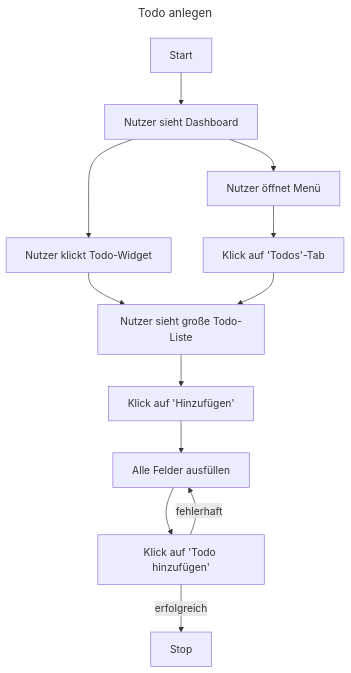
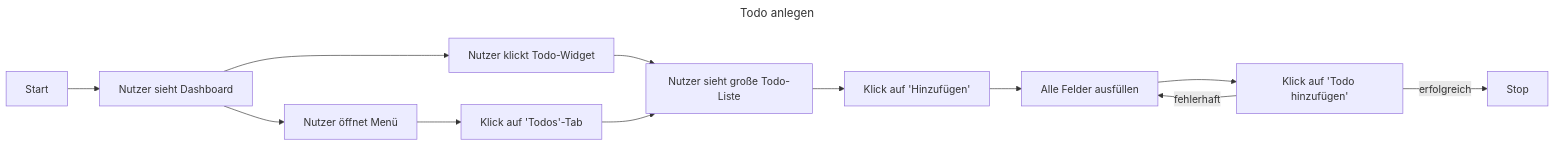
The third of 4 diagrams in README.md (StinaHoehn/todofse), drawn with Mermaid before and after one commit. The commit also changed other lines of this file, not shown here.

First line of the commit message:
Add new flowchart to README.md

````diff
--- a/README.md
+++ b/README.md
@@ -66,28 +66,28 @@
 ```mermaid
 ---
 title: Todo anlegen
 ---
-flowchart TD
+flowchart LR
     Start
     Stop
     dashboard[Nutzer sieht Dashboard]
     widget[Nutzer klickt Todo-Widget]
     menu[Nutzer öffnet Menü]
     todo-menu[Klick auf 'Todos'-Tab]
     todo-list[Nutzer sieht große Todo-Liste]
     add[Klick auf 'Hinzufügen']
     form[Alle Felder ausfüllen]
     add-todo[Klick auf 'Todo hinzufügen']
     
     Start --> dashboard
     dashboard --> widget
     dashboard --> menu
     menu --> todo-menu
     widget --> todo-list
     todo-menu --> todo-list
     todo-list --> add
     add --> form
     form --> add-todo
     add-todo -->|erfolgreich| Stop
     add-todo --> |fehlerhaft| form
 ```
````
